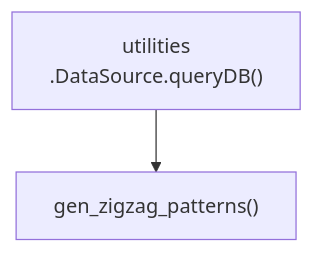
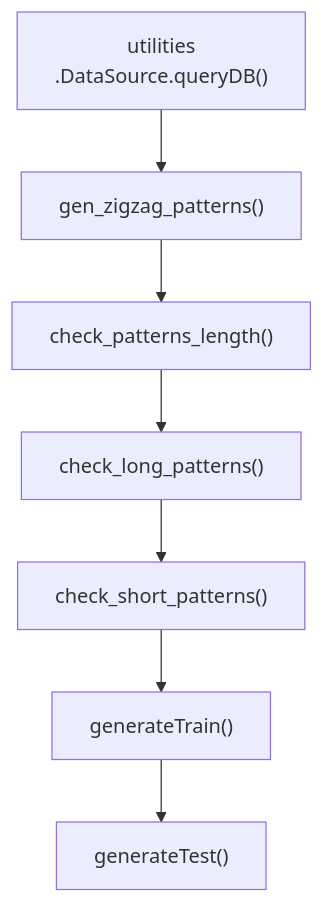
One commit to weip2008/LearnTorch changed the second of 2 diagrams in gru/doc/gru.md. Above: the diagram before and after it, drawn with Mermaid. The commit also changed other lines of this file and 7 other files, not shown here.

````diff
--- a/gru/doc/gru.md
+++ b/gru/doc/gru.md
@@ -54,8 +58,13 @@
 ```mermaid
 graph TB
 
 load["utilities<br>.DataSource.queryDB()"]
 zigzag["gen_zigzag_patterns()"]
+pattern["check_patterns_length()"]
+long["check_long_patterns()"]
+short["check_short_patterns()"]
+train["generateTrain()"]
+test["generateTest()"]
 
-load --> zigzag
+load --> zigzag --> pattern --> long --> short --> train --> test
 ```
````
